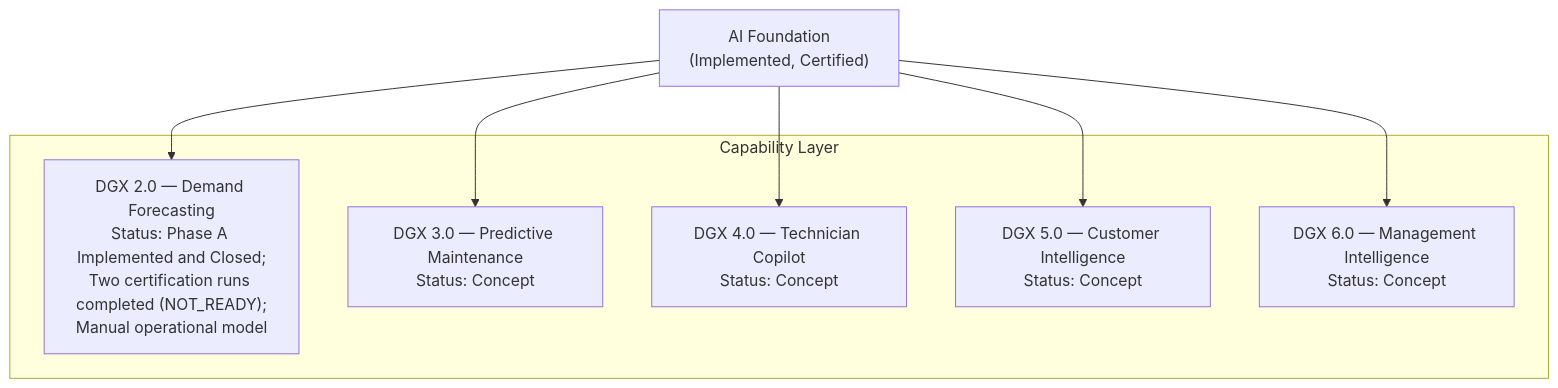
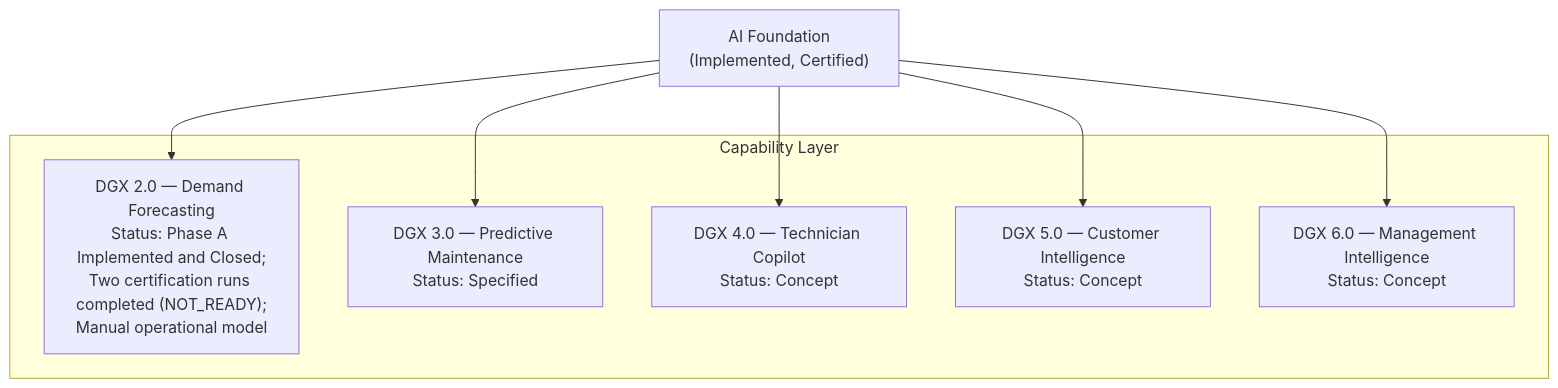
One commit to husseizo/GSL2026 changed the third of 7 diagrams in docs/architecture/AIOS_REFERENCE_ARCHITECTURE_V1.md. Above: the diagram before and after it, drawn with Mermaid. The commit also changed other lines of this file and 5 other files, not shown here.

````diff
--- a/docs/architecture/AIOS_REFERENCE_ARCHITECTURE_V1.md
+++ b/docs/architecture/AIOS_REFERENCE_ARCHITECTURE_V1.md
@@ -115,18 +115,18 @@
 ```mermaid
 flowchart TB
     FOUND["AI Foundation\n(Implemented, Certified)"]
 
     subgraph L5["Capability Layer"]
         DGX2["DGX 2.0 — Demand Forecasting\nStatus: Phase A Implemented and Closed;\nTwo certification runs completed (NOT_READY);\nManual operational model"]
-        DGX3["DGX 3.0 — Predictive Maintenance\nStatus: Concept"]
+        DGX3["DGX 3.0 — Predictive Maintenance\nStatus: Specified"]
         DGX4["DGX 4.0 — Technician Copilot\nStatus: Concept"]
         DGX5["DGX 5.0 — Customer Intelligence\nStatus: Concept"]
         DGX6["DGX 6.0 — Management Intelligence\nStatus: Concept"]
     end
 
     FOUND --> DGX2
     FOUND --> DGX3
     FOUND --> DGX4
     FOUND --> DGX5
     FOUND --> DGX6
 ```
````
